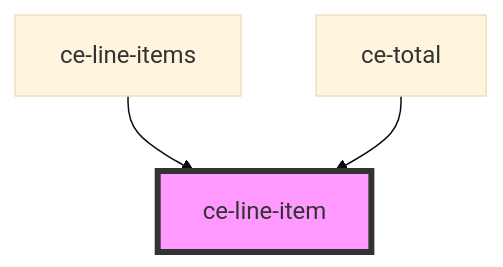
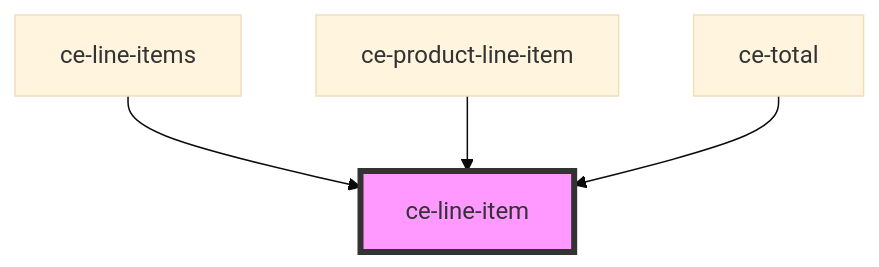
One commit to surecart/surecart-wp-plugin changed the diagram in packages/components/src/components/ui/line-item/readme.md. Above: the diagram before and after it, drawn with Mermaid (base theme). The commit also changed other lines of this file and 38 other files, not shown here.

````diff
--- a/packages/components/src/components/ui/line-item/readme.md
+++ b/packages/components/src/components/ui/line-item/readme.md
@@ -46,6 +47,7 @@
 ```mermaid
 graph TD;
   ce-line-items --> ce-line-item
+  ce-product-line-item --> ce-line-item
   ce-total --> ce-line-item
   style ce-line-item fill:#f9f,stroke:#333,stroke-width:4px
 ```
````
